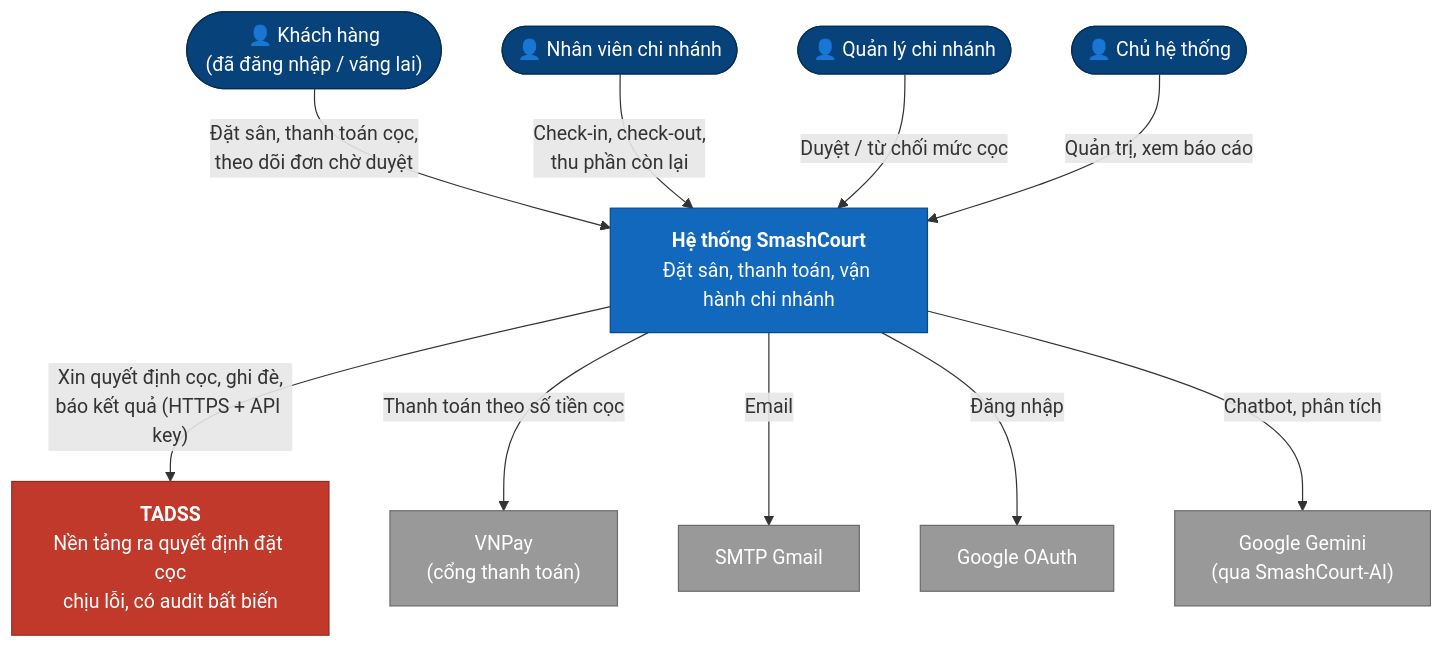
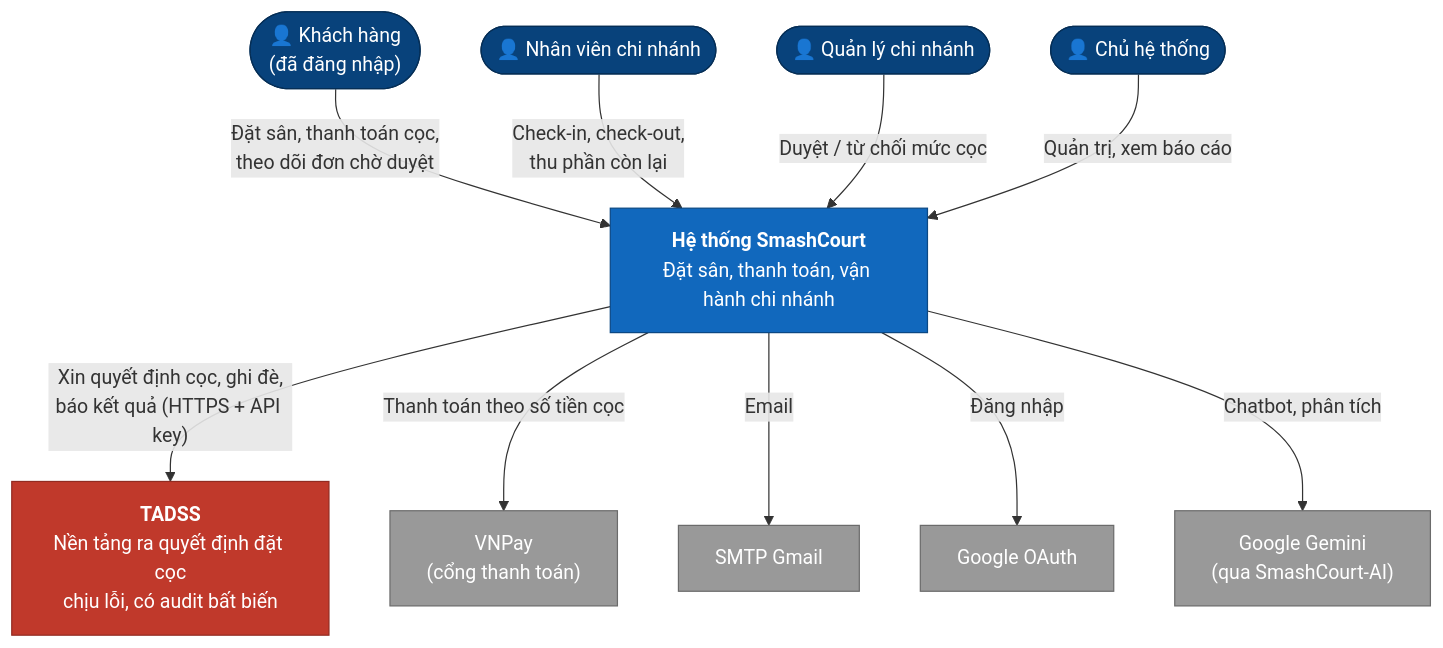
The first of 5 diagrams in docs/report/ARCHITECTURE_DIAGRAMS.md (NguyenThanhTrung-N2T/TrustworthyAdaptiveDecisionSupportSystem-TADSS), drawn with Mermaid before and after one commit. The commit also changed other lines of this file and 9 other files, not shown here.

Commit message:
docs: align Phase 6 design and report docs (login-only online booking, 15-min hold, cancel_reason, payment/cancel sequences)

````diff
--- a/docs/report/ARCHITECTURE_DIAGRAMS.md
+++ b/docs/report/ARCHITECTURE_DIAGRAMS.md
@@ -24,35 +24,35 @@
 ```mermaid
 flowchart TB
-    customer(["👤 Khách hàng<br/>(đã đăng nhập / vãng lai)"])
+    customer(["👤 Khách hàng<br/>(đã đăng nhập)"])
     staff(["👤 Nhân viên chi nhánh"])
     manager(["👤 Quản lý chi nhánh"])
     owner(["👤 Chủ hệ thống"])
 
     smashcourt["<b>Hệ thống SmashCourt</b><br/>Đặt sân, thanh toán, vận hành chi nhánh"]
     tadss["<b>TADSS</b><br/>Nền tảng ra quyết định đặt cọc<br/>chịu lỗi, có audit bất biến"]
 
     vnpay["VNPay<br/>(cổng thanh toán)"]
     gmail["SMTP Gmail"]
     google["Google OAuth"]
     gemini["Google Gemini<br/>(qua SmashCourt-AI)"]
 
     customer -- "Đặt sân, thanh toán cọc,<br/>theo dõi đơn chờ duyệt" --> smashcourt
     staff -- "Check-in, check-out,<br/>thu phần còn lại" --> smashcourt
     manager -- "Duyệt / từ chối mức cọc" --> smashcourt
     owner -- "Quản trị, xem báo cáo" --> smashcourt
 
     smashcourt -- "Xin quyết định cọc, ghi đè,<br/>báo kết quả (HTTPS + API key)" --> tadss
     smashcourt -- "Thanh toán theo số tiền cọc" --> vnpay
     smashcourt -- "Email" --> gmail
     smashcourt -- "Đăng nhập" --> google
     smashcourt -- "Chatbot, phân tích" --> gemini
 
     classDef system fill:#1168bd,stroke:#0b4884,color:#fff
     classDef newSystem fill:#c0392b,stroke:#922b21,color:#fff
     classDef external fill:#999,stroke:#6b6b6b,color:#fff
     classDef person fill:#08427b,stroke:#052e56,color:#fff
     class smashcourt system
     class tadss newSystem
     class vnpay,gmail,google,gemini external
     class customer,staff,manager,owner person
 ```
````
